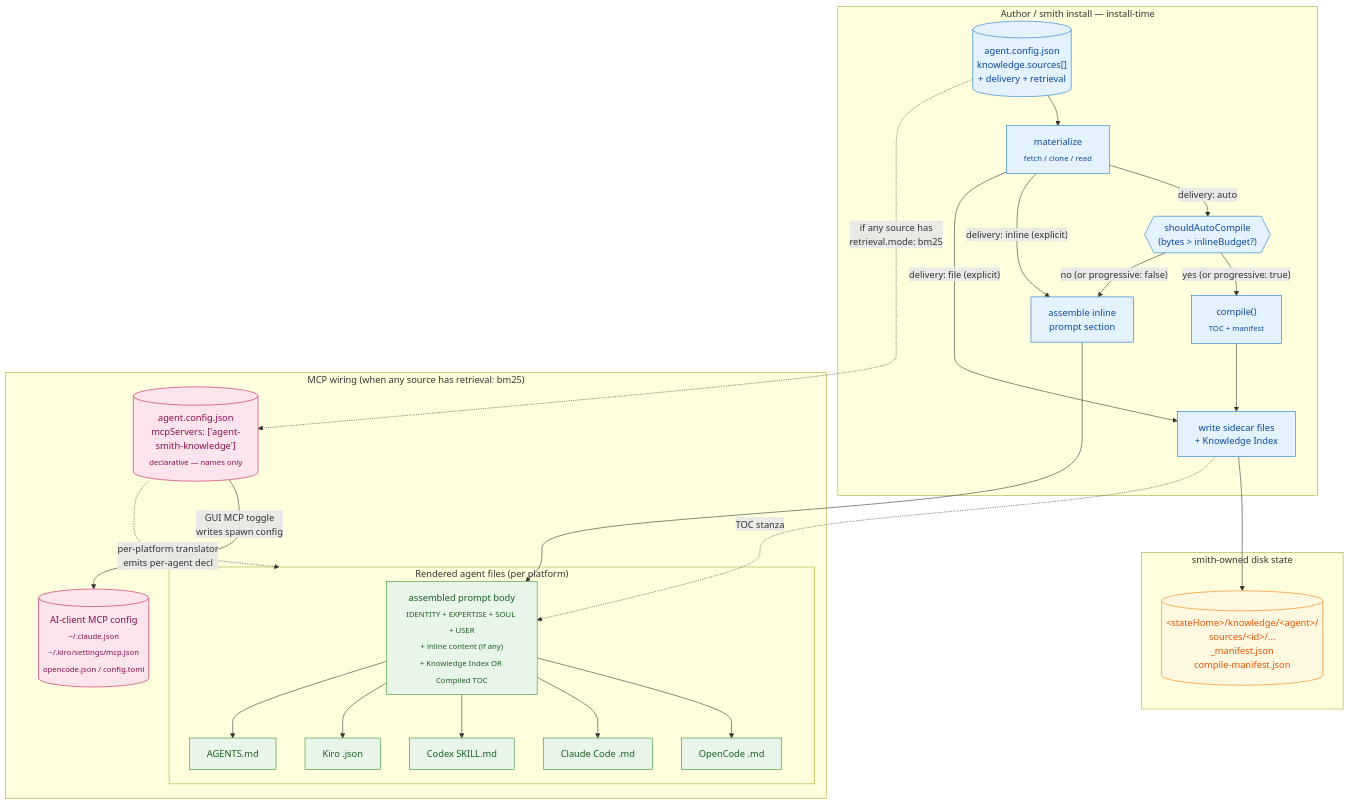
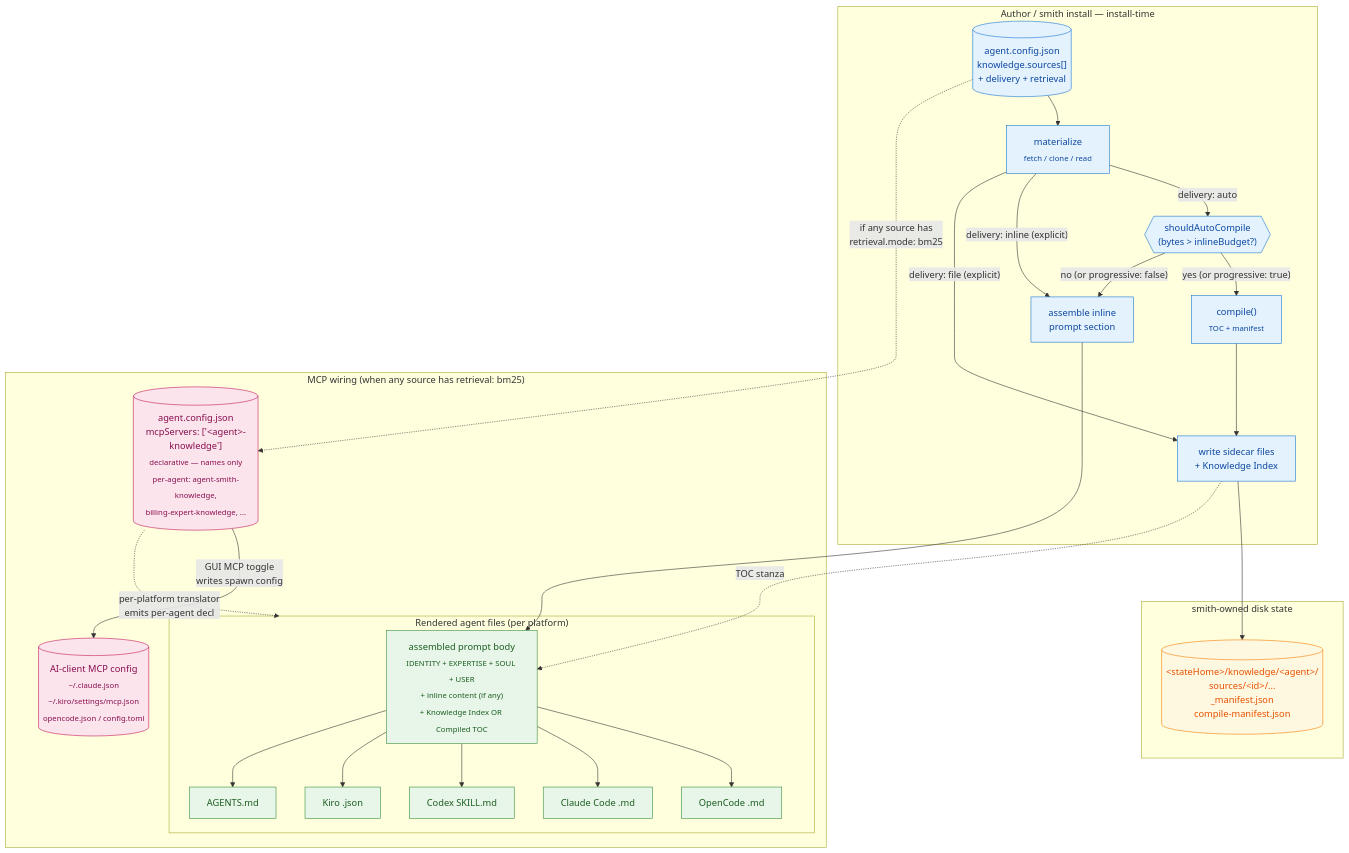
One commit to eliharoun/agent-smith changed the fourth of 6 diagrams in ARCHITECTURE.md. Above: the diagram before and after it, drawn with Mermaid. The commit also changed other lines of this file and 6 other files, not shown here.

First line of the commit message:
docs: per-agent knowledge MCP keys + 1.6.0 release notes

````diff
--- a/ARCHITECTURE.md
+++ b/ARCHITECTURE.md
@@ -316,49 +316,49 @@
 ```mermaid
 flowchart TB
     subgraph Author["Author / smith install — install-time"]
         Cfg[("agent.config.json<br/>knowledge.sources[]<br/>+ delivery + retrieval")]
         Mat["materialize<br/><sub>fetch / clone / read</sub>"]
         Heur{{"shouldAutoCompile<br/>(bytes > inlineBudget?)"}}
         Compile["compile()<br/><sub>TOC + manifest</sub>"]
         Cfg --> Mat
         Mat -->|"delivery: auto"| Heur
         Heur -->|"yes (or progressive: true)"| Compile
         Heur -->|"no (or progressive: false)"| Inl
         Mat -->|"delivery: inline (explicit)"| Inl["assemble inline<br/>prompt section"]
         Mat -->|"delivery: file (explicit)"| Side["write sidecar files<br/>+ Knowledge Index"]
         Compile --> Side
     end
 
     subgraph Disk["smith-owned disk state"]
         KDir[("&lt;stateHome&gt;/knowledge/&lt;agent&gt;/<br/>sources/&lt;id&gt;/...<br/>_manifest.json<br/>compile-manifest.json")]
         Side --> KDir
     end
 
     subgraph Render["Rendered agent files (per platform)"]
         Body["assembled prompt body<br/><sub>IDENTITY + EXPERTISE + SOUL + USER<br/>+ inline content (if any)<br/>+ Knowledge Index OR Compiled TOC</sub>"]
         Inl --> Body
         Side -.->|TOC stanza| Body
         Body --> OC[OpenCode .md]
         Body --> CC[Claude Code .md]
         Body --> CX[Codex SKILL.md]
         Body --> KR[Kiro .json]
         Body --> AM[AGENTS.md]
     end
 
     subgraph MCP["MCP wiring (when any source has retrieval: bm25)"]
-        BundleMcp[("agent.config.json<br/>mcpServers: ['agent-smith-knowledge']<br/><sub>declarative — names only</sub>")]
+        BundleMcp[("agent.config.json<br/>mcpServers: ['&lt;agent&gt;-knowledge']<br/><sub>declarative — names only<br/>per-agent: agent-smith-knowledge,<br/>billing-expert-knowledge, ...</sub>")]
         Cfg -.->|"if any source has<br/>retrieval.mode: bm25"| BundleMcp
         ClientCfg[("AI-client MCP config<br/><sub>~/.claude.json<br/>~/.kiro/settings/mcp.json<br/>opencode.json / config.toml</sub>")]
         BundleMcp -->|"GUI MCP toggle<br/>writes spawn config"| ClientCfg
         BundleMcp -.->|"per-platform translator<br/>emits per-agent decl"| Render
     end
 
     classDef author fill:#e3f2fd,stroke:#1976d2,color:#0d47a1
     classDef disk fill:#fff8e1,stroke:#f57c00,color:#e65100
     classDef render fill:#e8f5e9,stroke:#388e3c,color:#1b5e20
     classDef mcp fill:#fce4ec,stroke:#c2185b,color:#880e4f
     class Cfg,Mat,Heur,Compile,Inl,Side author
     class KDir disk
     class Body,OC,CC,CX,KR,AM render
     class BundleMcp,ClientCfg mcp
 ```
````
